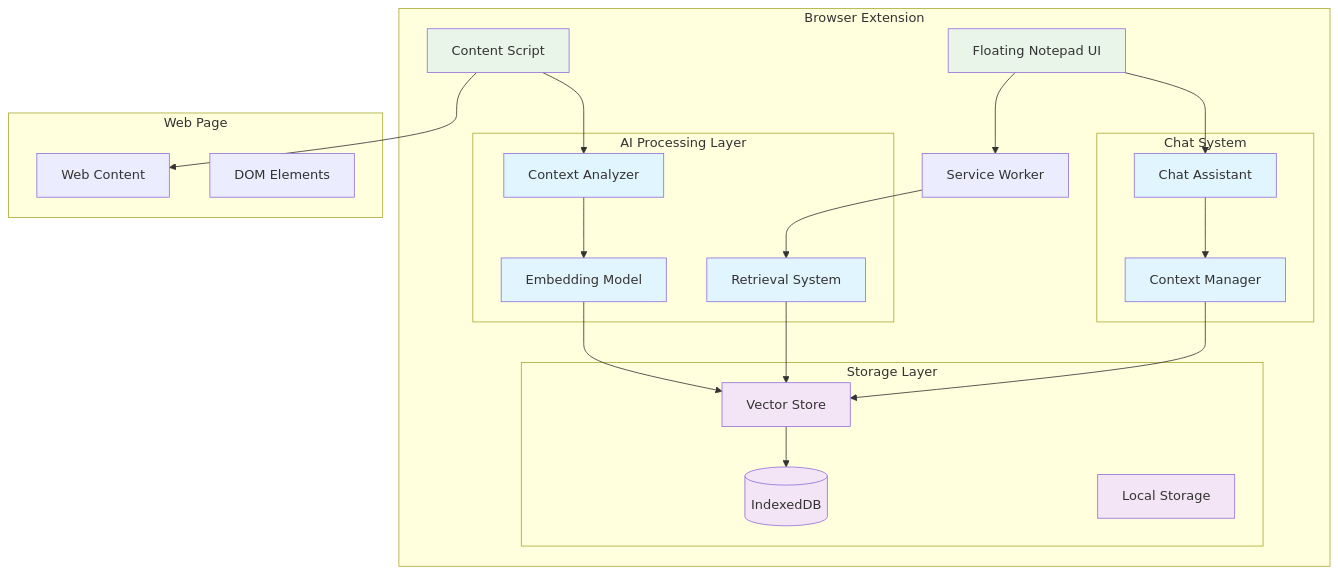
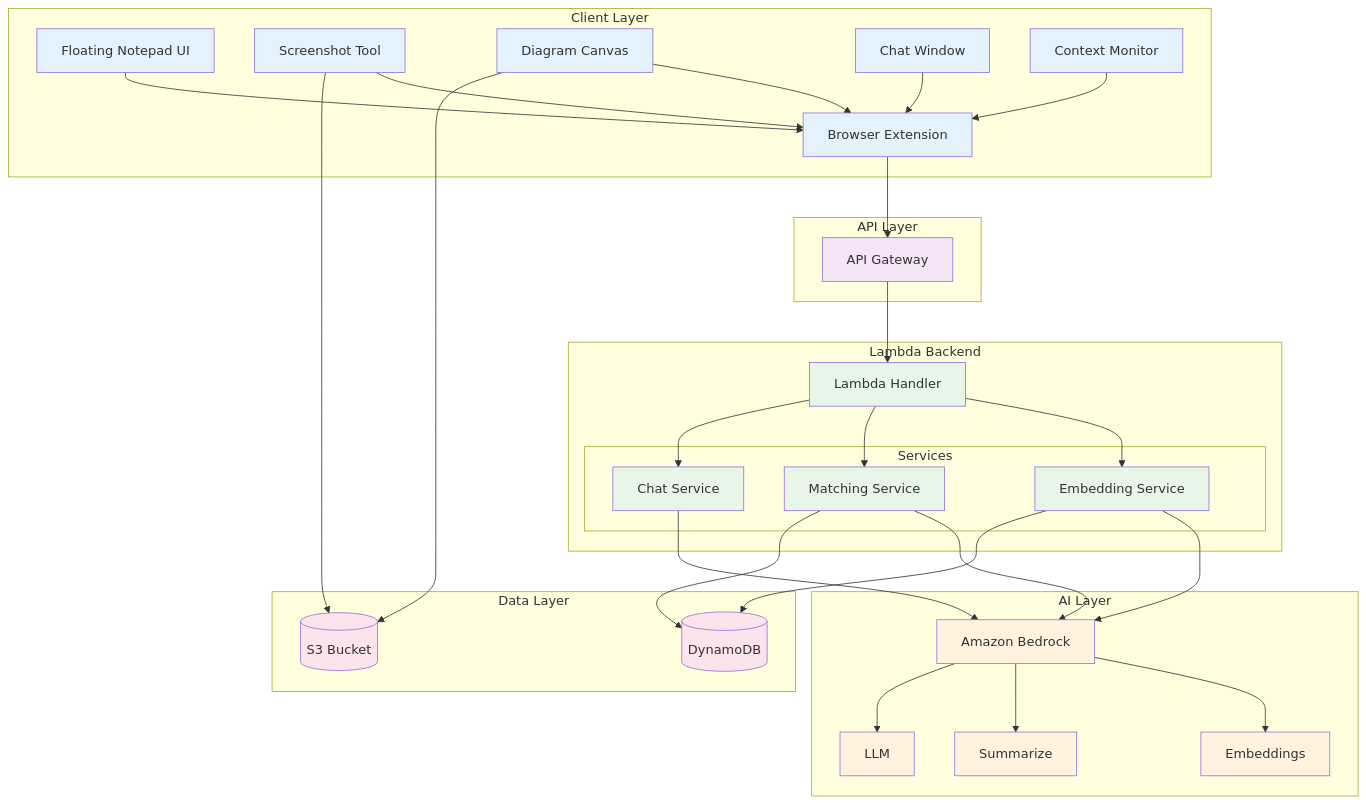
Before and after one commit to shreeharini-261/PingPong-EchoLearn: the diagram in .kiro/specs/echolearn/design.md, drawn with Mermaid. The commit also changed other lines of this file and 4 other files, not shown here.

````diff
--- a/.kiro/specs/echolearn/design.md
+++ b/.kiro/specs/echolearn/design.md
@@ -13,50 +34,75 @@
 ```mermaid
 graph TB
-    subgraph "Browser Extension"
+    subgraph "Client Layer"
+        EXT[Browser Extension]
         UI[Floating Notepad UI]
-        CS[Content Script]
-        SW[Service Worker]
+        SS[Screenshot Tool]
+        DC[Diagram Canvas]
+        CH[Chat Window]
+        CM[Context Monitor]
+    end
+    
+    subgraph "API Layer"
+        GW[API Gateway]
+    end
+    
+    subgraph "Lambda Backend"
+        LH[Lambda Handler]
         
-        subgraph "AI Processing Layer"
-            EM[Embedding Model]
-            CA[Context Analyzer]
-            RS[Retrieval System]
-        end
-        
-        subgraph "Storage Layer"
-            VS[Vector Store]
-            IDB[(IndexedDB)]
-            LS[Local Storage]
-        end
-        
-        subgraph "Chat System"
-            CH[Chat Assistant]
-            CM[Context Manager]
+        subgraph "Services"
+            EMB[Embedding Service]
+            MAT[Matching Service]
+            CHT[Chat Service]
         end
     end
     
-    subgraph "Web Page"
-        WC[Web Content]
-        DOM[DOM Elements]
+    subgraph "AI Layer"
+        BR[Amazon Bedrock]
+        BREMB[Embeddings]
+        BRSUM[Summarize]
+        BRLLM[LLM]
     end
     
-    UI --> SW
-    CS --> CA
-    CS --> WC
-    CA --> EM
-    EM --> VS
-    VS --> IDB
-    RS --> VS
-    SW --> RS
-    UI --> CH
-    CH --> CM
-    CM --> VS
+    subgraph "Data Layer"
+        DDB[(DynamoDB)]
+        S3B[(S3 Bucket)]
+    end
     
-    classDef ai fill:#e1f5fe
-    classDef storage fill:#f3e5f5
-    classDef ui fill:#e8f5e8
+    UI --> EXT
+    SS --> EXT
+    DC --> EXT
+    CH --> EXT
+    CM --> EXT
     
-    class EM,CA,RS,CH,CM ai
-    class VS,IDB,LS storage
-    class UI,CS ui
+    EXT --> GW
+    GW --> LH
+    
+    LH --> EMB
+    LH --> MAT
+    LH --> CHT
+    
+    EMB --> BR
+    MAT --> BR
+    CHT --> BR
+    
+    BR --> BREMB
+    BR --> BRSUM
+    BR --> BRLLM
+    
+    EMB --> DDB
+    MAT --> DDB
+    SS --> S3B
+    DC --> S3B
+    
+    classDef client fill:#e3f2fd
+    classDef api fill:#f3e5f5
+    classDef compute fill:#e8f5e9
+    classDef ai fill:#fff3e0
+    classDef storage fill:#fce4ec
+    
+    class EXT,UI,SS,DC,CH,CM client
+    class GW api
+    class LH,EMB,MAT,CHT compute
+    class BR,BREMB,BRSUM,BRLLM ai
+    class DDB,S3B storage
 ```
````
